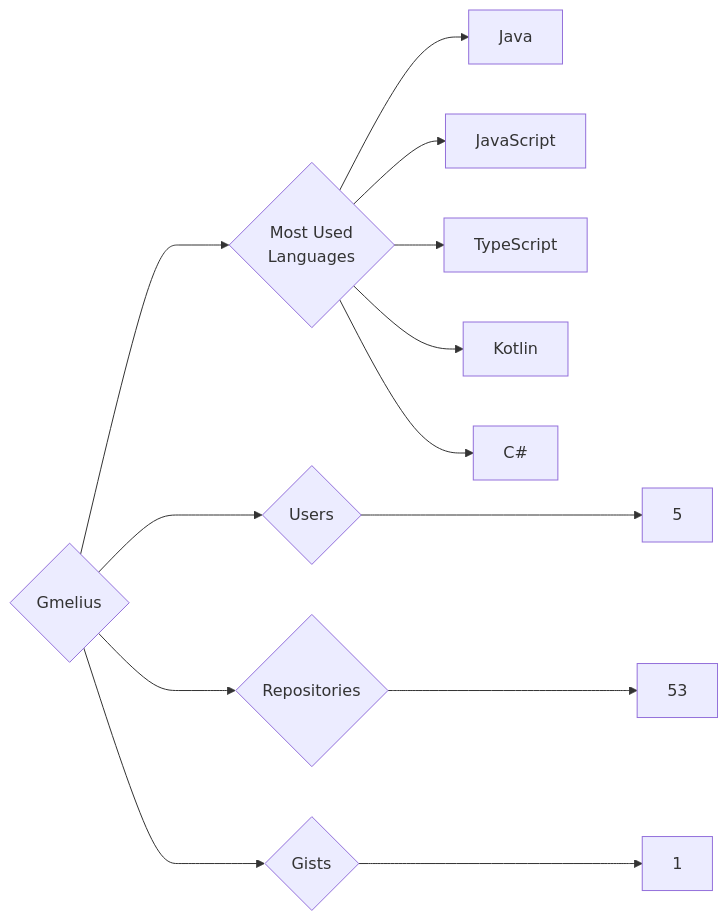
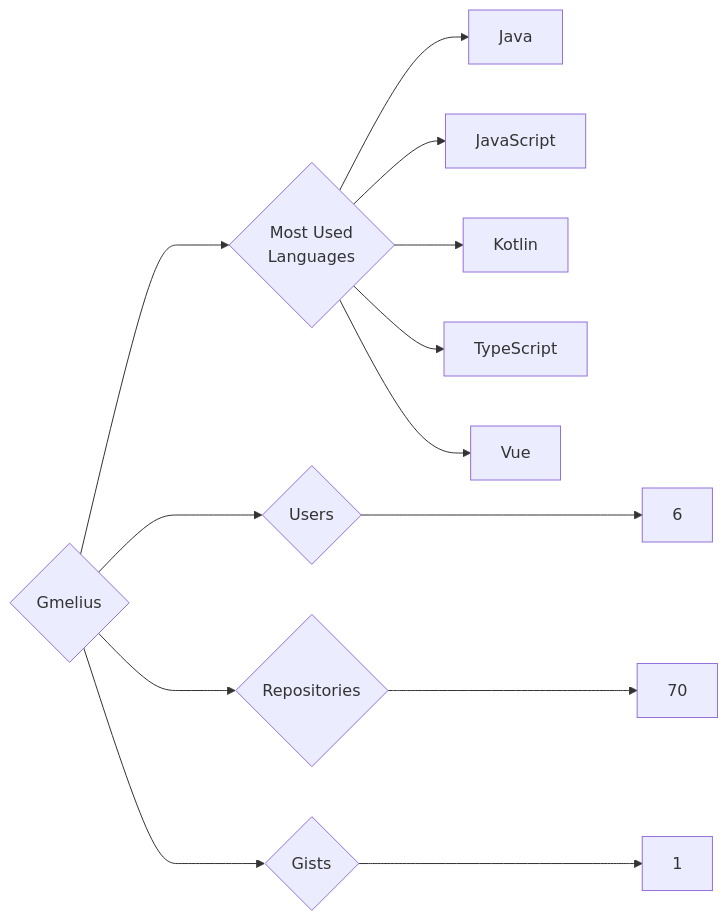
One commit to trickest/insiders changed the diagram in targets/Gmelius/README.md. Above: the diagram before and after it, drawn with Mermaid. The commit also changed 823 other files, not shown here.

````diff
--- a/targets/Gmelius/README.md
+++ b/targets/Gmelius/README.md
@@ -3,13 +3,13 @@
 ```mermaid
 graph LR
 COMPANY_NAME{Gmelius}
-COMPANY_NAME ---> U{Users} ---> UN[5]
-COMPANY_NAME ---> R{Repositories} ---> RN[53]
+COMPANY_NAME ---> U{Users} ---> UN[6]
+COMPANY_NAME ---> R{Repositories} ---> RN[70]
 COMPANY_NAME ---> G{Gists} ---> GN[1]
 COMPANY_NAME ---> ML{Most Used<br>Languages}
 ML --> Java[Java]
 ML --> JavaScript[JavaScript]
+ML --> Kotlin[Kotlin]
 ML --> TypeScript[TypeScript]
-ML --> Kotlin[Kotlin]
-ML --> C#[C#]
+ML --> Vue[Vue]
 ```
````
